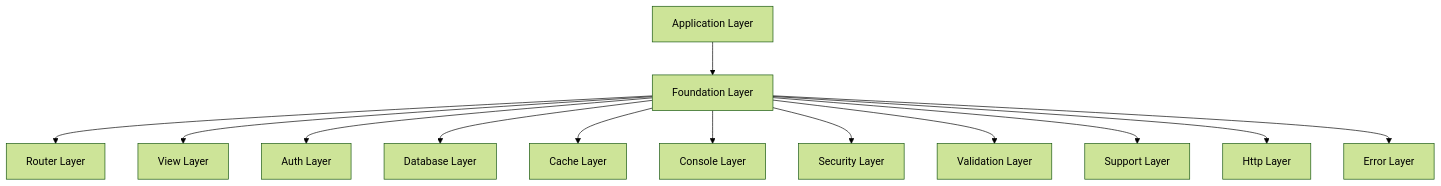
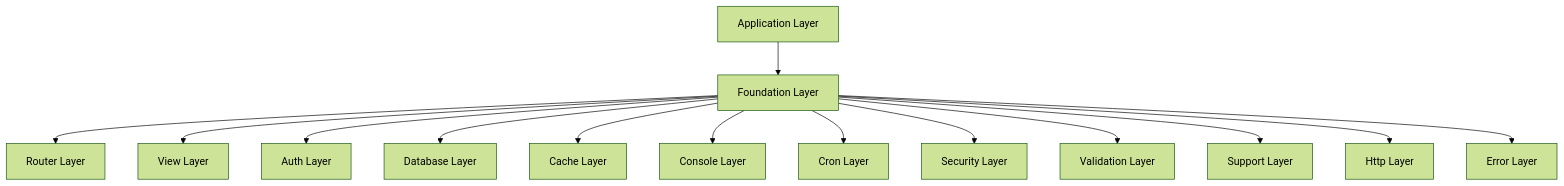
Before and after one commit to lengthofrope/treehouse: the diagram in .kilocode/rules/memory-bank/architecture.md, drawn with Mermaid (forest theme). The commit also changed other lines of this file and 1 other file, not shown here.

Commit message:
Update architecture and context documentation for cron system integration

````diff
--- a/.kilocode/rules/memory-bank/architecture.md
+++ b/.kilocode/rules/memory-bank/architecture.md
@@ -9,15 +9,16 @@
 ```mermaid
 graph TB
     A[Application Layer] --> B[Foundation Layer]
     B --> C[Router Layer]
     B --> D[View Layer]
     B --> E[Auth Layer]
     B --> F[Database Layer]
     B --> G[Cache Layer]
     B --> H[Console Layer]
-    B --> I[Security Layer]
-    B --> J[Validation Layer]
-    B --> K[Support Layer]
-    B --> L[Http Layer]
-    B --> M[Error Layer]
+    B --> I[Cron Layer]
+    B --> J[Security Layer]
+    B --> K[Validation Layer]
+    B --> L[Support Layer]
+    B --> M[Http Layer]
+    B --> N[Error Layer]
 ```
````
